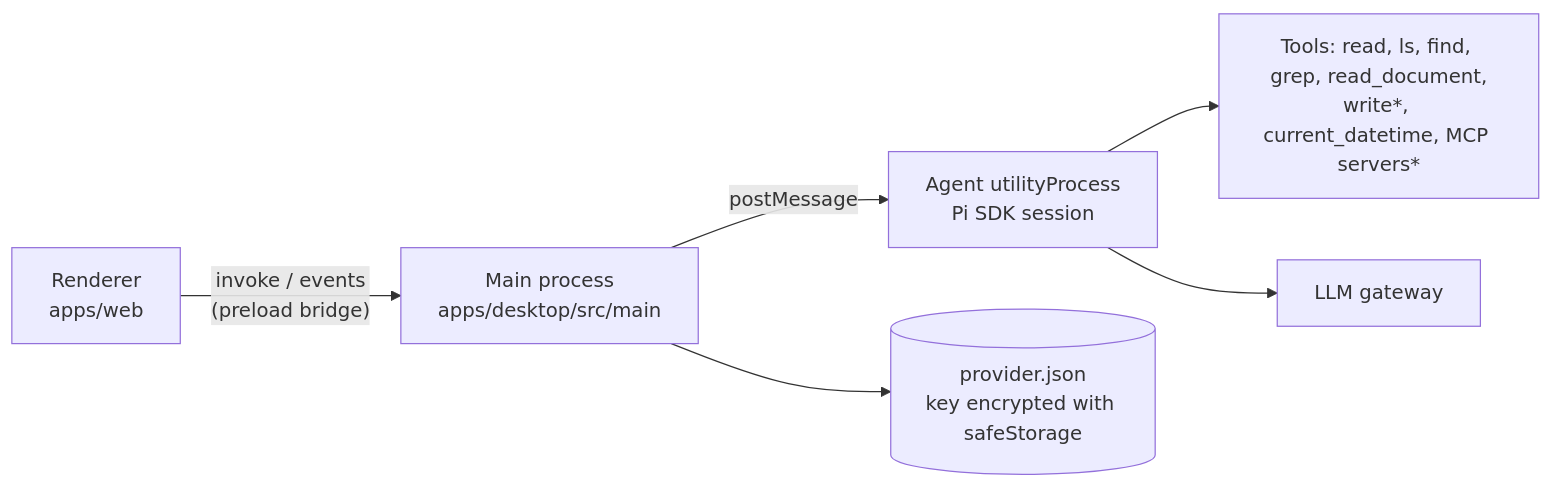
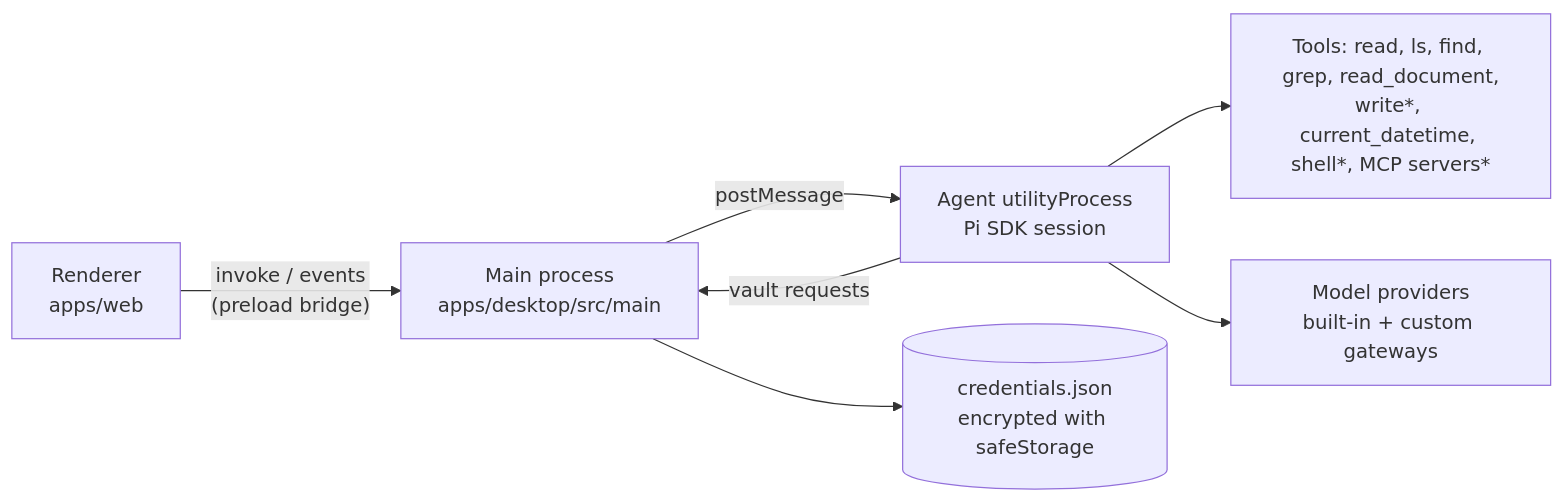
One commit to pp-techs/pp-agent changed the diagram in README.md. Above: the diagram before and after it, drawn with Mermaid. The commit also changed other lines of this file and 70 other files, not shown here.

````diff
--- a/README.md
+++ b/README.md
@@ -26,8 +26,9 @@
 ```mermaid
 flowchart LR
   R[Renderer<br/>apps/web] -- "invoke / events<br/>(preload bridge)" --> M[Main process<br/>apps/desktop/src/main]
   M -- postMessage --> A[Agent utilityProcess<br/>Pi SDK session]
-  A --> T[Tools: read, ls, find, grep, read_document,<br/>write*, current_datetime, MCP servers*]
-  A --> G[LLM gateway]
-  M --> S[(provider.json<br/>key encrypted with safeStorage)]
+  A --> T[Tools: read, ls, find, grep, read_document,<br/>write*, current_datetime, shell*, MCP servers*]
+  A --> G[Model providers<br/>built-in + custom gateways]
+  A -- "vault requests" --> M
+  M --> S[(credentials.json<br/>encrypted with safeStorage)]
 ```
````
